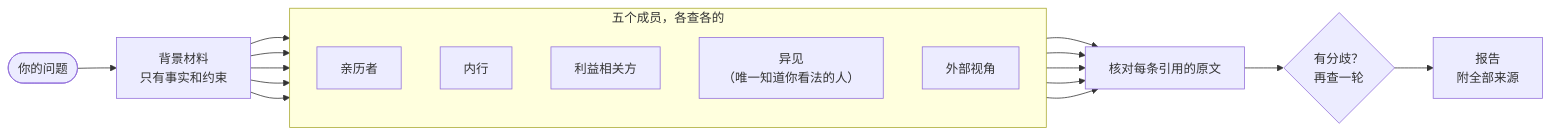
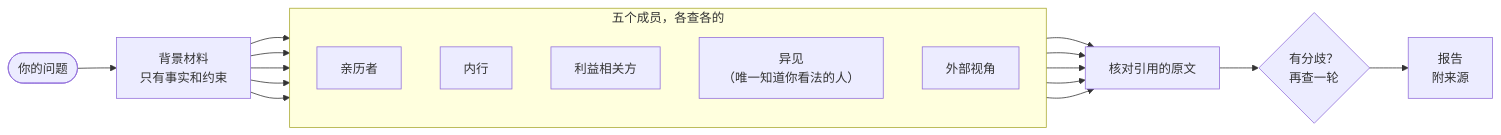
One commit to xhyumiracle/family-skill changed the diagram in README.zh-CN.md. Above: the diagram before and after it, drawn with Mermaid. The commit also changed other lines of this file and 8 other files, not shown here.

````diff
--- a/README.zh-CN.md
+++ b/README.zh-CN.md
@@ -79,16 +79,16 @@
 ```mermaid
 flowchart LR
   Q([你的问题]) --> B["背景材料<br/>只有事实和约束"]
   subgraph crew ["五个成员，各查各的"]
     direction TB
     S1["亲历者"]
     S2["内行"]
     S3["利益相关方"]
     S4["异见<br/>（唯一知道你看法的人）"]
     S5["外部视角"]
   end
   B --> S1 & S2 & S3 & S4 & S5
-  S1 & S2 & S3 & S4 & S5 --> V["核对每条引用的原文"]
+  S1 & S2 & S3 & S4 & S5 --> V["核对引用的原文"]
   V --> E{"有分歧？<br/>再查一轮"}
-  E --> R["报告<br/>附全部来源"]
+  E --> R["报告<br/>附来源"]
 ```
````
